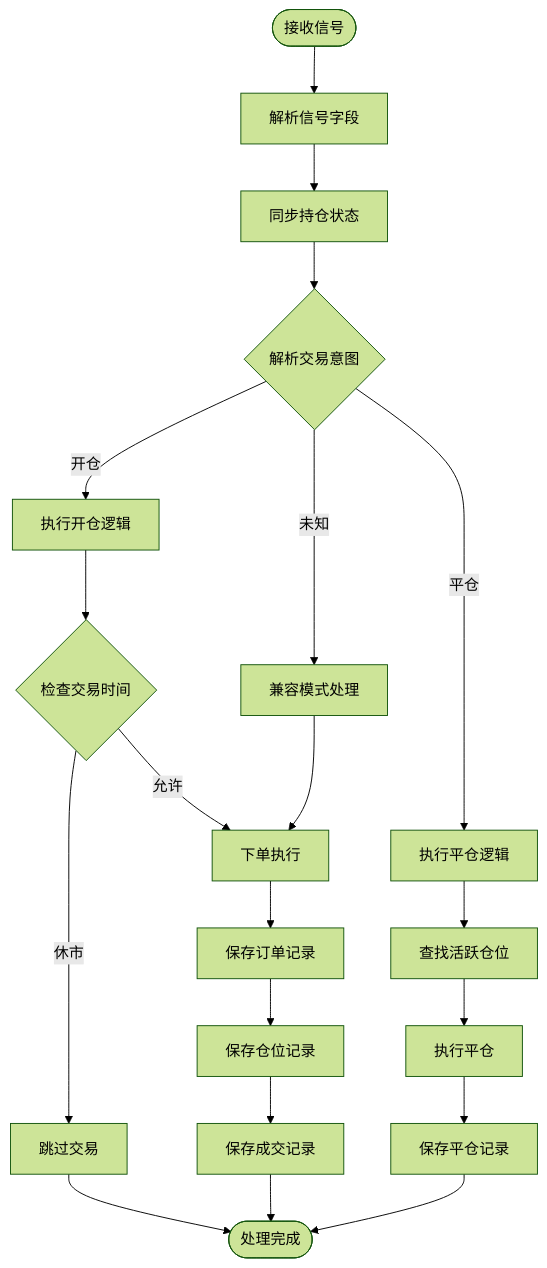
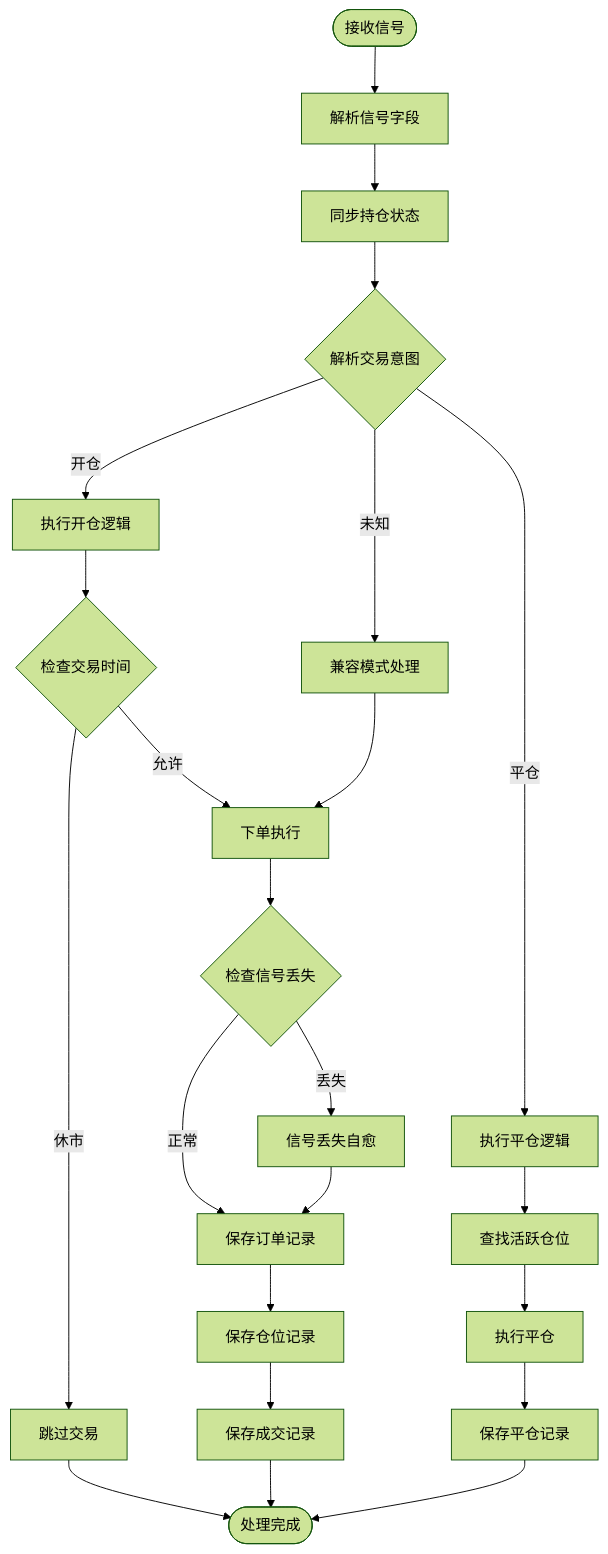
One commit to zyf266/ending changed the third of 7 diagrams in .qoder/repowiki/zh/content/核心模块详解/交易引擎/Webhook交易引擎.md. Above: the diagram before and after it, drawn with Mermaid (forest theme). The commit also changed other lines of this file and 63 other files, not shown here.

````diff
--- a/.qoder/repowiki/zh/content/核心模块详解/交易引擎/Webhook交易引擎.md
+++ b/.qoder/repowiki/zh/content/核心模块详解/交易引擎/Webhook交易引擎.md
@@ -168,22 +210,25 @@
 ```mermaid
 flowchart TD
 Start([接收信号]) --> Parse[解析信号字段]
 Parse --> Sync[同步持仓状态]
 Sync --> Intent{解析交易意图}
 Intent --> |开仓| Open[执行开仓逻辑]
 Intent --> |平仓| Close[执行平仓逻辑]
 Intent --> |未知| Unknown[兼容模式处理]
 Open --> CheckTime{检查交易时间}
 CheckTime --> |允许| PlaceOrder[下单执行]
 CheckTime --> |休市| Skip[跳过交易]
-PlaceOrder --> SaveOrder[保存订单记录]
+PlaceOrder --> CheckSignalLoss{检查信号丢失}
+CheckSignalLoss --> |丢失| SelfHeal[信号丢失自愈]
+CheckSignalLoss --> |正常| SaveOrder[保存订单记录]
+SelfHeal --> SaveOrder
 SaveOrder --> SavePosition[保存仓位记录]
 SavePosition --> SaveTrade[保存成交记录]
 Close --> FindPosition[查找活跃仓位]
 FindPosition --> ClosePosition[执行平仓]
 ClosePosition --> SaveClose[保存平仓记录]
 Unknown --> PlaceOrder
 Skip --> End([处理完成])
 SaveTrade --> End
 SaveClose --> End
 ```
````
